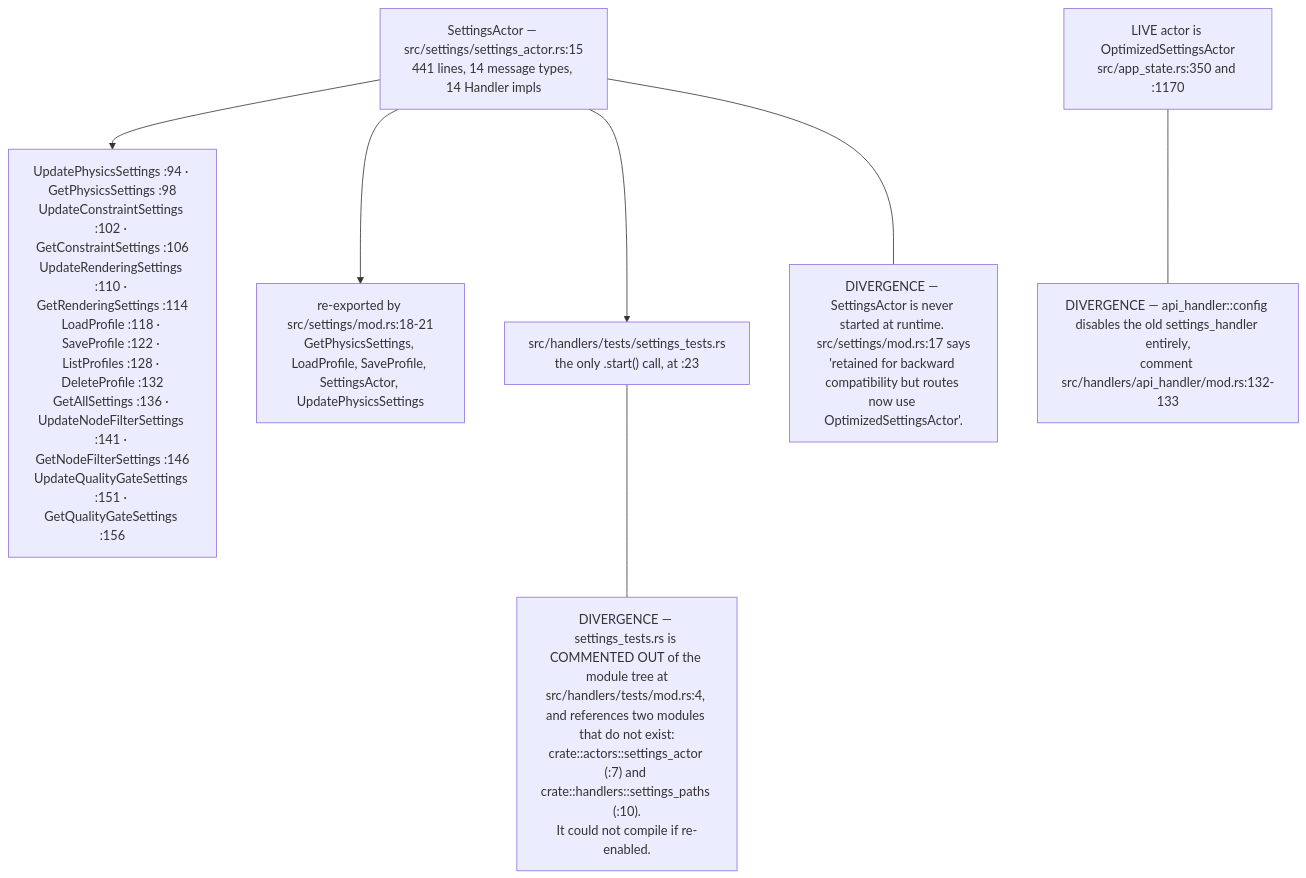
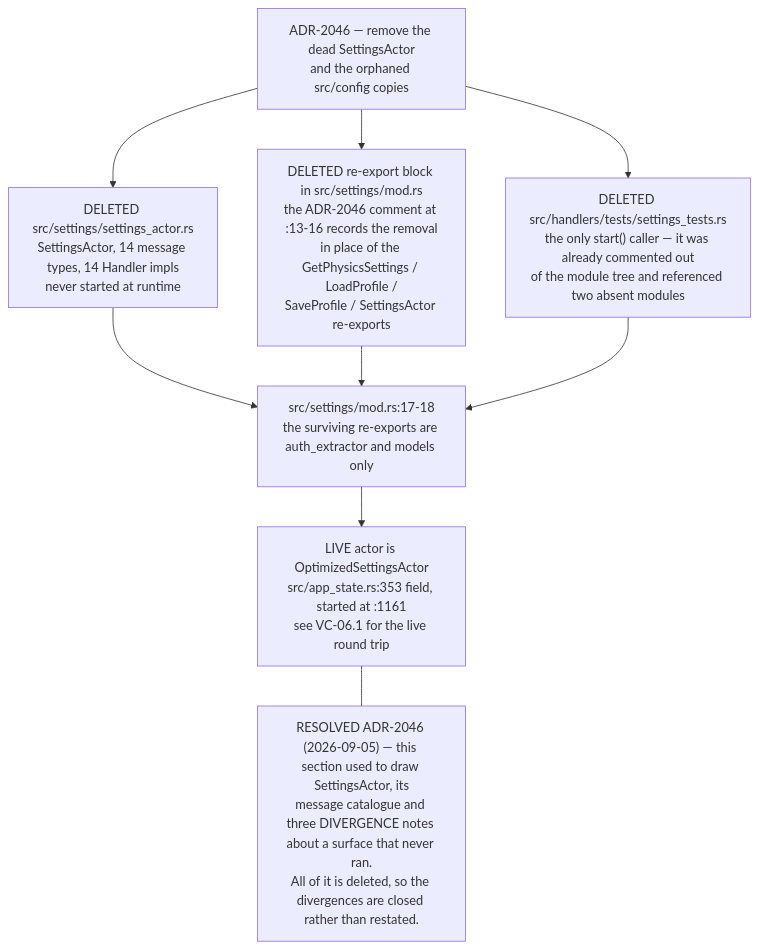
Before and after one commit to DreamLab-AI/AR-AI-Knowledge-Graph: the tenth of 10 diagrams in docs/diagrams/visionclaw/06-settings-round-trip.md, drawn with Mermaid. The commit also changed other lines of this file and 172 other files, not shown here.

````diff
--- a/docs/diagrams/visionclaw/06-settings-round-trip.md
+++ b/docs/diagrams/visionclaw/06-settings-round-trip.md
@@ -324,17 +327,20 @@
 ```mermaid
 flowchart TB
-    SA["SettingsActor — src/settings/settings_actor.rs:15<br/>441 lines, 14 message types, 14 Handler impls"]
-    MSG["UpdatePhysicsSettings :94 · GetPhysicsSettings :98<br/>UpdateConstraintSettings :102 · GetConstraintSettings :106<br/>UpdateRenderingSettings :110 · GetRenderingSettings :114<br/>LoadProfile :118 · SaveProfile :122 · ListProfiles :128 · DeleteProfile :132<br/>GetAllSettings :136 · UpdateNodeFilterSettings :141 · GetNodeFilterSettings :146<br/>UpdateQualityGateSettings :151 · GetQualityGateSettings :156"]
-    SA --> MSG
-    EXP["re-exported by src/settings/mod.rs:18-21<br/>GetPhysicsSettings, LoadProfile, SaveProfile, SettingsActor, UpdatePhysicsSettings"]
-    SA --> EXP
-    LIVE["LIVE actor is OptimizedSettingsActor<br/>src/app_state.rs:350 and :1170"]
-    T["src/handlers/tests/settings_tests.rs<br/>the only .start() call, at :23"]
-    SA --> T
-    D1["DIVERGENCE — SettingsActor is never started at runtime. src/settings/mod.rs:17 says<br/>'retained for backward compatibility but routes now use OptimizedSettingsActor'."]
-    D2["DIVERGENCE — settings_tests.rs is COMMENTED OUT of the module tree at<br/>src/handlers/tests/mod.rs:4, and references two modules that do not exist:<br/>crate::actors::settings_actor (:7) and crate::handlers::settings_paths (:10).<br/>It could not compile if re-enabled."]
-    D3["DIVERGENCE — api_handler::config disables the old settings_handler entirely,<br/>comment src/handlers/api_handler/mod.rs:132-133"]
-    SA --- D1
-    T --- D2
-    LIVE --- D3
+    ADR["ADR-2046 — remove the dead SettingsActor<br/>and the orphaned src/config copies"]
+    SA["DELETED src/settings/settings_actor.rs<br/>SettingsActor, 14 message types, 14 Handler impls<br/>never started at runtime"]
+    EXP["DELETED re-export block in src/settings/mod.rs<br/>the ADR-2046 comment at :13-16 records the removal<br/>in place of the GetPhysicsSettings / LoadProfile /<br/>SaveProfile / SettingsActor re-exports"]
+    TST["DELETED src/handlers/tests/settings_tests.rs<br/>the only start() caller — it was already commented out<br/>of the module tree and referenced two absent modules"]
+    MOD["src/settings/mod.rs:17-18<br/>the surviving re-exports are auth_extractor and models only"]
+    LIVE["LIVE actor is OptimizedSettingsActor<br/>src/app_state.rs:353 field, started at :1161<br/>see VC-06.1 for the live round trip"]
+
+    ADR --> SA
+    ADR --> EXP
+    ADR --> TST
+    SA --> MOD
+    EXP --> MOD
+    TST --> MOD
+    MOD --> LIVE
+
+    N1["RESOLVED ADR-2046 (2026-09-05) — this section used to draw SettingsActor, its<br/>message catalogue and three DIVERGENCE notes about a surface that never ran.<br/>All of it is deleted, so the divergences are closed rather than restated."]
+    LIVE --- N1
 ```
````
